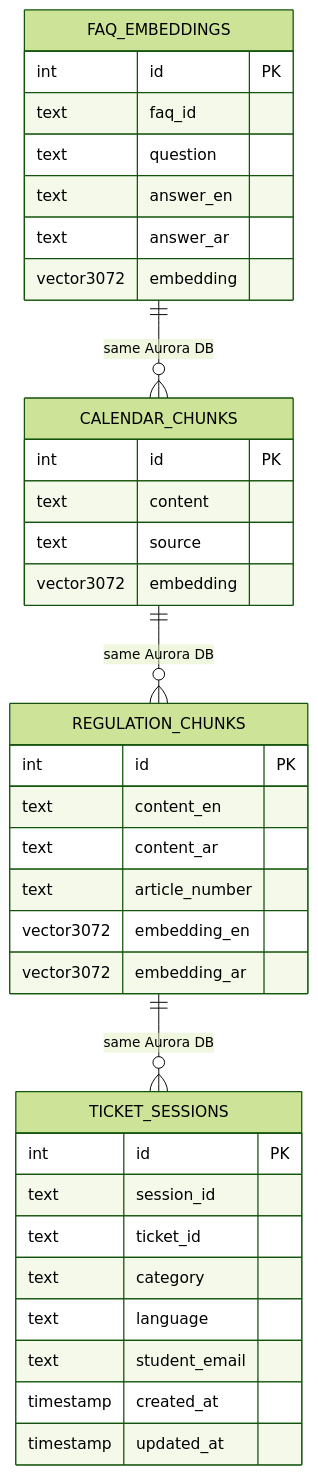
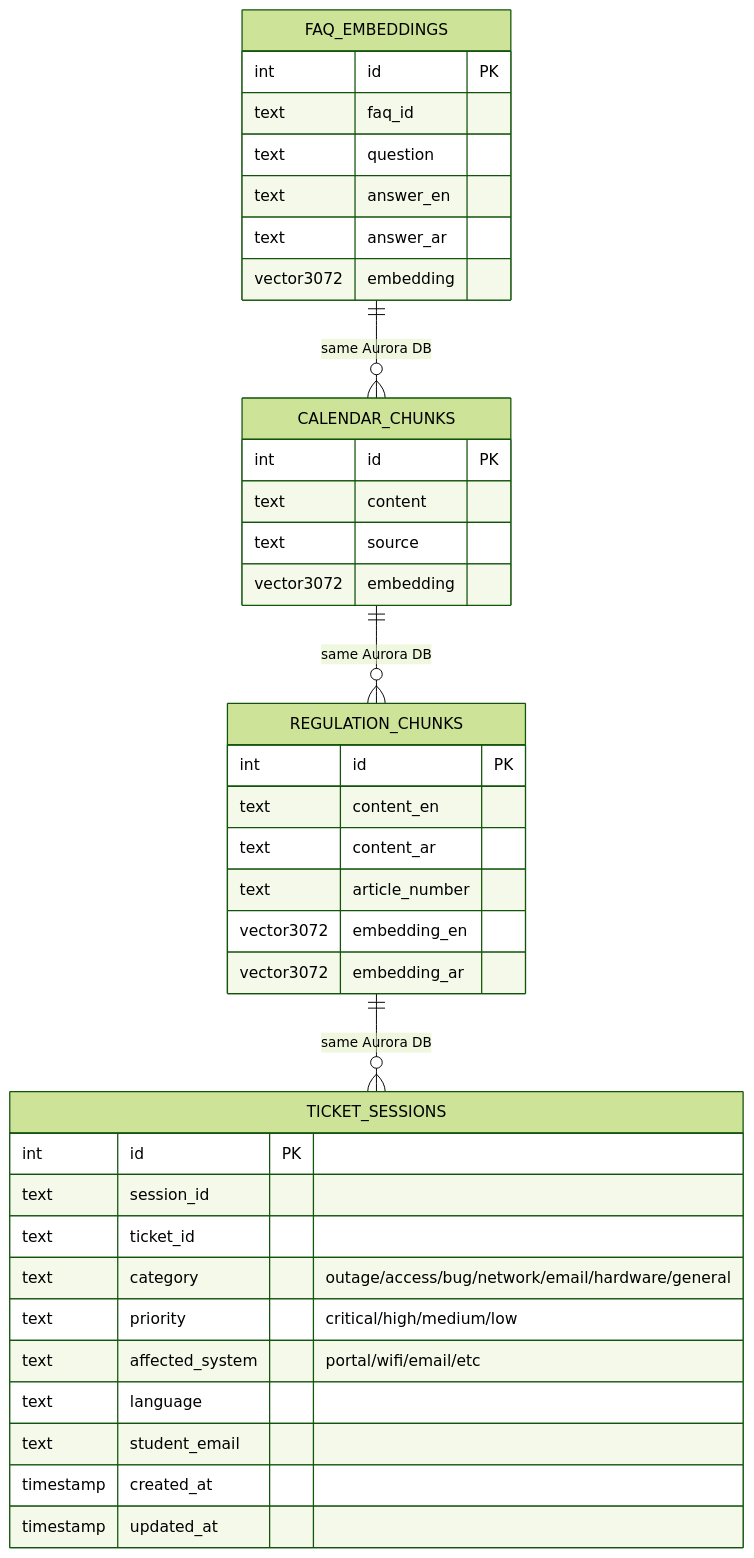
Before and after one commit to xAbdullaShaker/Jira-AI: diagram 11 of 13 in ARCHITECTURE.md, drawn with Mermaid (forest theme). The commit also changed other lines of this file and 1 other file, not shown here.

First line of the commit message:
Refocus Jira integration as tech support ticketing system

````diff
--- a/ARCHITECTURE.md
+++ b/ARCHITECTURE.md
@@ -292,42 +337,44 @@
 ```mermaid
 erDiagram
     FAQ_EMBEDDINGS {
         int id PK
         text faq_id
         text question
         text answer_en
         text answer_ar
         vector3072 embedding
     }
     
     CALENDAR_CHUNKS {
         int id PK
         text content
         text source
         vector3072 embedding
     }
     
     REGULATION_CHUNKS {
         int id PK
         text content_en
         text content_ar
         text article_number
         vector3072 embedding_en
         vector3072 embedding_ar
     }
     
     TICKET_SESSIONS {
         int id PK
         text session_id
         text ticket_id
-        text category
+        text category "outage/access/bug/network/email/hardware/general"
+        text priority "critical/high/medium/low"
+        text affected_system "portal/wifi/email/etc"
         text language
         text student_email
         timestamp created_at
         timestamp updated_at
     }
 
     FAQ_EMBEDDINGS ||--o{ CALENDAR_CHUNKS : "same Aurora DB"
     CALENDAR_CHUNKS ||--o{ REGULATION_CHUNKS : "same Aurora DB"
     REGULATION_CHUNKS ||--o{ TICKET_SESSIONS : "same Aurora DB"
 ```
````
